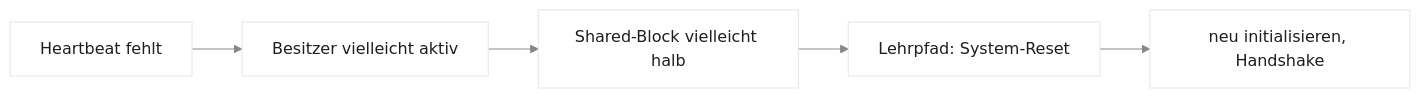
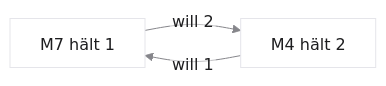
Before and after one commit to dantschi/echtzeitsysteme: the fifth of 7 diagrams in vorlesungen/08_multicore-synchronisation-safety.qmd, drawn with Mermaid. The commit also changed other lines of this file and 13 other files, not shown here.

````diff
--- a/vorlesungen/08_multicore-synchronisation-safety.qmd
+++ b/vorlesungen/08_multicore-synchronisation-safety.qmd
@@ -450,9 +411,8 @@
 ```{mermaid}
-%%| fig-width: 8.4
-%%{init: {'theme': 'base', 'themeVariables': {'background': '#FFFFFF', 'primaryColor': '#FFFFFF', 'primaryBorderColor': '#E5E5EA', 'primaryTextColor': '#1D1D1F', 'lineColor': '#86868B'}}}%%
+%%| fig-width: 5.4
+%%{init: {'theme':'base','htmlLabels':false,'flowchart':{'htmlLabels':false},'themeVariables':{'background':'#FFFFFF','primaryColor':'#FFFFFF','primaryBorderColor':'#E5E5EA','primaryTextColor':'#1D1D1F','lineColor':'#86868B'}}}%%
 flowchart LR
-  V["Heartbeat fehlt"] --> U["Besitzer vielleicht aktiv"]
-  U --> X["Shared-Block vielleicht halb"]
-  X --> S["Lehrpfad: System-Reset"]
-  S --> I["neu initialisieren, Handshake"]
+ A["M7 hält 1"] -->|will 2| B["M4 hält 2"]
+ B -->|will 1| A
+
 ```
````
